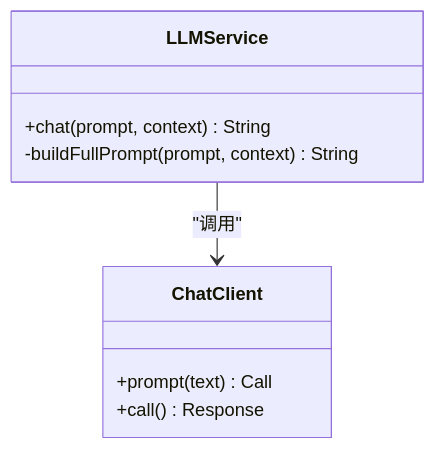
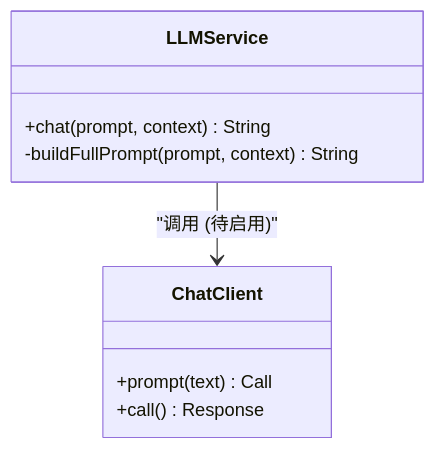
The third of 8 diagrams in .qoder/repowiki/zh/content/多LLM集成/LLM服务抽象层.md (cxz64323/bokagent), drawn with Mermaid before and after one commit. The commit also changed other lines of this file and 6 other files, not shown here.

````diff
--- a/.qoder/repowiki/zh/content/多LLM集成/LLM服务抽象层.md
+++ b/.qoder/repowiki/zh/content/多LLM集成/LLM服务抽象层.md
@@ -165,12 +178,12 @@
 ```mermaid
 classDiagram
 class LLMService {
 +chat(prompt, context) String
 -buildFullPrompt(prompt, context) String
 }
 class ChatClient {
 +prompt(text) Call
 +call() Response
 }
-LLMService --> ChatClient : "调用"
+LLMService --> ChatClient : "调用 (待启用)"
 ```
````
